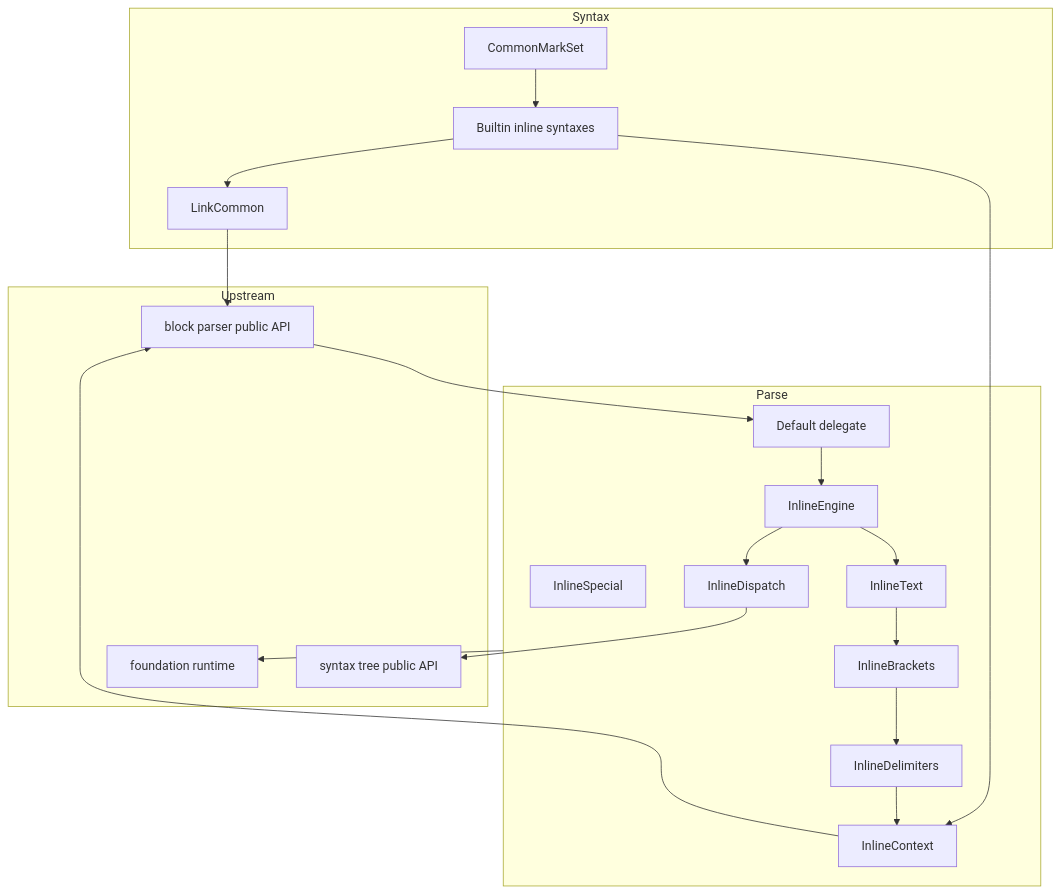
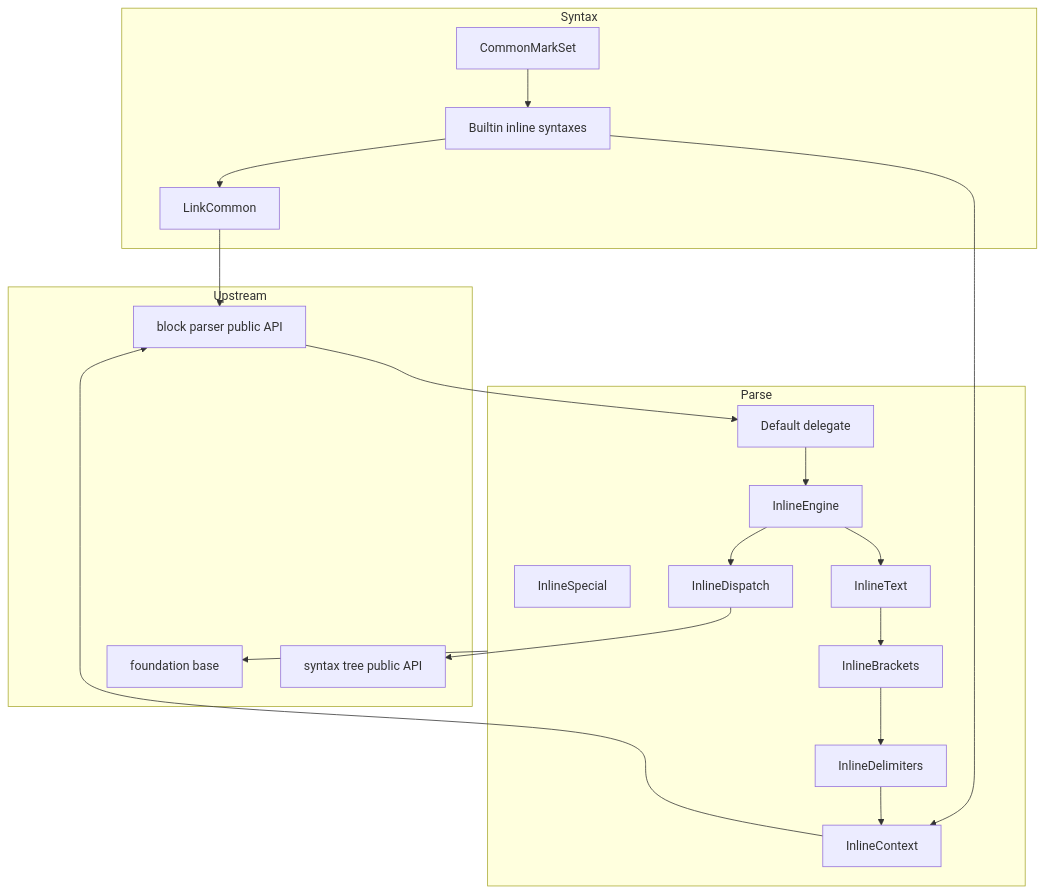
The first of 4 diagrams in .kiro/specs/inline-parser/design.md (ktdevx/amark-private2), drawn with Mermaid before and after one commit. The commit also changed other lines of this file and 16 other files, not shown here.

First line of the commit message:
Refactor terminology from "common runtime" to "common base" across specifications

````diff
--- a/.kiro/specs/inline-parser/design.md
+++ b/.kiro/specs/inline-parser/design.md
@@ -85,37 +85,37 @@
 ```mermaid
 graph TB
     subgraph Upstream
         ST[syntax tree public API]
         BP[block parser public API]
-        RT[foundation runtime]
+        RT[foundation base]
     end
     subgraph Parse
         Special[InlineSpecial]
         Dispatch[InlineDispatch]
         Ctx[InlineContext]
         Delims[InlineDelimiters]
         Brackets[InlineBrackets]
         Text[InlineText]
         Engine[InlineEngine]
         Default[Default delegate]
     end
     subgraph Syntax
         Builtins[Builtin inline syntaxes]
         LinkCommon[LinkCommon]
         CMSet[CommonMarkSet]
     end
     Dispatch --> ST
     Ctx --> BP
     Delims --> Ctx
     Brackets --> Delims
     Text --> Brackets
     Engine --> Text
     Engine --> Dispatch
     Default --> Engine
     BP --> Default
     Builtins --> Ctx
     Builtins --> LinkCommon
     LinkCommon --> BP
     CMSet --> Builtins
     Parse --> RT
 ```
````
